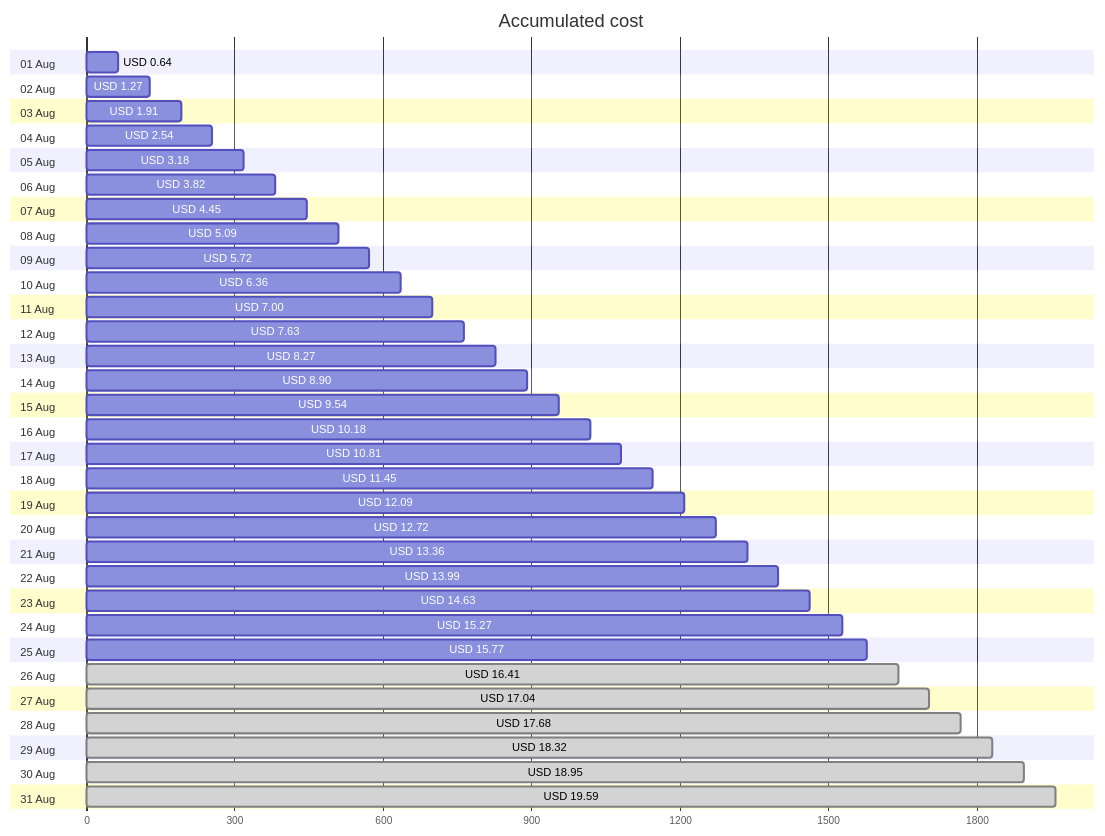
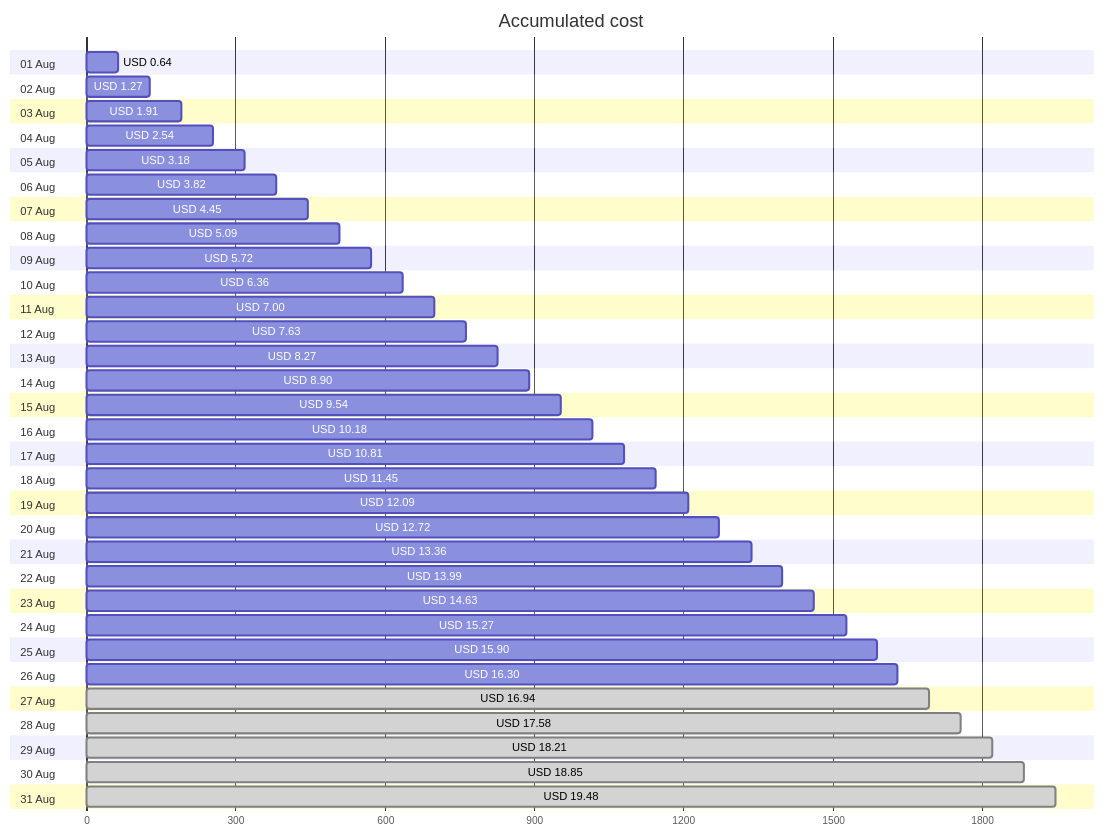
Before and after one commit to jpfulton/azure-personal-reports: the first of 4 diagrams in cost-reports/accumulated-cost.md, drawn with Mermaid. The commit also changed other lines of this file and 4 other files, not shown here.

````diff
--- a/cost-reports/accumulated-cost.md
+++ b/cost-reports/accumulated-cost.md
@@ -20,68 +20,68 @@
 ```mermaid
 gantt
    title Accumulated cost
    dateFormat  X
    axisFormat %s
    section 01 Aug
    USD 0.64 :0, 64
    section 02 Aug
    USD 1.27 :0, 127
    section 03 Aug
    USD 1.91 :0, 191
    section 04 Aug
    USD 2.54 :0, 254
    section 05 Aug
    USD 3.18 :0, 318
    section 06 Aug
    USD 3.82 :0, 382
    section 07 Aug
    USD 4.45 :0, 445
    section 08 Aug
    USD 5.09 :0, 509
    section 09 Aug
    USD 5.72 :0, 572
    section 10 Aug
    USD 6.36 :0, 636
    section 11 Aug
    USD 7.00 :0, 700
    section 12 Aug
    USD 7.63 :0, 763
    section 13 Aug
    USD 8.27 :0, 827
    section 14 Aug
    USD 8.90 :0, 890
    section 15 Aug
    USD 9.54 :0, 954
    section 16 Aug
    USD 10.18 :0, 1018
    section 17 Aug
    USD 10.81 :0, 1081
    section 18 Aug
    USD 11.45 :0, 1145
    section 19 Aug
    USD 12.09 :0, 1209
    section 20 Aug
    USD 12.72 :0, 1272
    section 21 Aug
    USD 13.36 :0, 1336
    section 22 Aug
    USD 13.99 :0, 1399
    section 23 Aug
    USD 14.63 :0, 1463
    section 24 Aug
    USD 15.27 :0, 1527
    section 25 Aug
-   USD 15.77 :0, 1577
+   USD 15.90 :0, 1590
    section 26 Aug
-   USD 16.41 : done, 0, 1641
+   USD 16.30 :0, 1630
    section 27 Aug
-   USD 17.04 : done, 0, 1704
+   USD 16.94 : done, 0, 1694
    section 28 Aug
-   USD 17.68 : done, 0, 1768
+   USD 17.58 : done, 0, 1758
    section 29 Aug
-   USD 18.32 : done, 0, 1832
+   USD 18.21 : done, 0, 1821
    section 30 Aug
-   USD 18.95 : done, 0, 1895
+   USD 18.85 : done, 0, 1885
    section 31 Aug
-   USD 19.59 : done, 0, 1959
+   USD 19.48 : done, 0, 1948
 ```
````
